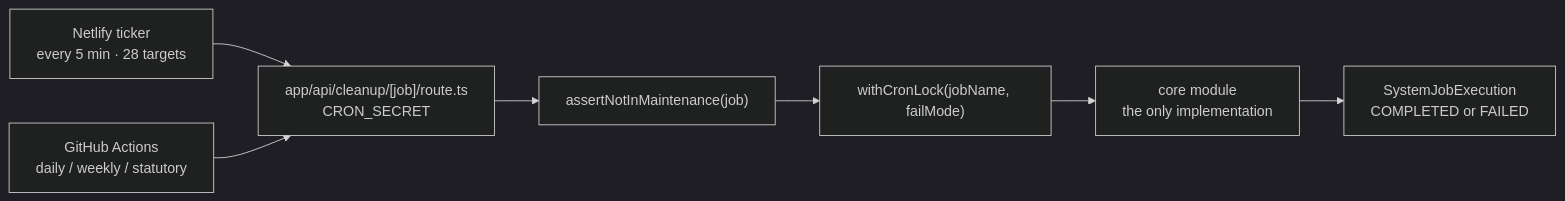
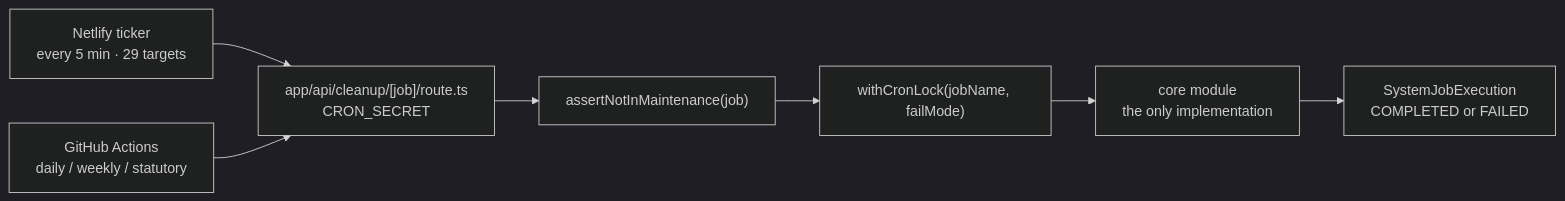
The second of 2 diagrams in docs/start-here/04-platform-architecture.md (Practitionist/familiarise_web), drawn with Mermaid (dark theme) before and after one commit. The commit also changed other lines of this file and 53 other files, not shown here.

````diff
--- a/docs/start-here/04-platform-architecture.md
+++ b/docs/start-here/04-platform-architecture.md
@@ -138,9 +138,9 @@
 ```mermaid
 flowchart LR
-    S1["Netlify ticker<br/>every 5 min · 28 targets"] --> R
+    S1["Netlify ticker<br/>every 5 min · 29 targets"] --> R
     S2["GitHub Actions<br/>daily / weekly / statutory"] --> R
     R["app/api/cleanup/[job]/route.ts<br/>CRON_SECRET"] --> G["assertNotInMaintenance(job)"]
     G --> L["withCronLock(jobName, failMode)"]
     L --> C["core module<br/>the only implementation"]
     C --> S["SystemJobExecution<br/>COMPLETED or FAILED"]
 ```
````
